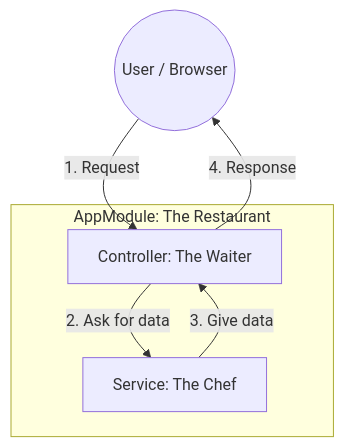
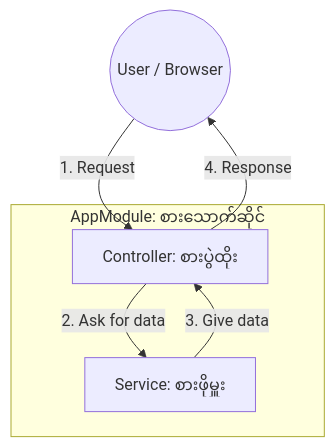
One commit to ayechanaungdev/full-stack-development changed the diagram in system-docs/day-01-complete-guide.md. Above: the diagram before and after it, drawn with Mermaid. The commit also changed other lines of this file and 13 other files, not shown here.

````diff
--- a/system-docs/day-01-complete-guide.md
+++ b/system-docs/day-01-complete-guide.md
@@ -30,12 +30,16 @@
 ```mermaid
 graph TD
-    User((User / Browser)) -->|1. Request| Controller[Controller: The Waiter]
-    Controller -->|2. Ask for data| Service[Service: The Chef]
+    User(("User / Browser"))
+    Controller["Controller: စားပွဲထိုး"]
+    Service["Service: စားဖိုမှူး"]
+
+    User -->|1. Request| Controller
+    Controller -->|2. Ask for data| Service
     Service -->|3. Give data| Controller
     Controller -->|4. Response| User
     
-    subgraph AppModule [AppModule: The Restaurant]
+    subgraph AppModule ["AppModule: စားသောက်ဆိုင်"]
         Controller
         Service
     end
 ```
````
